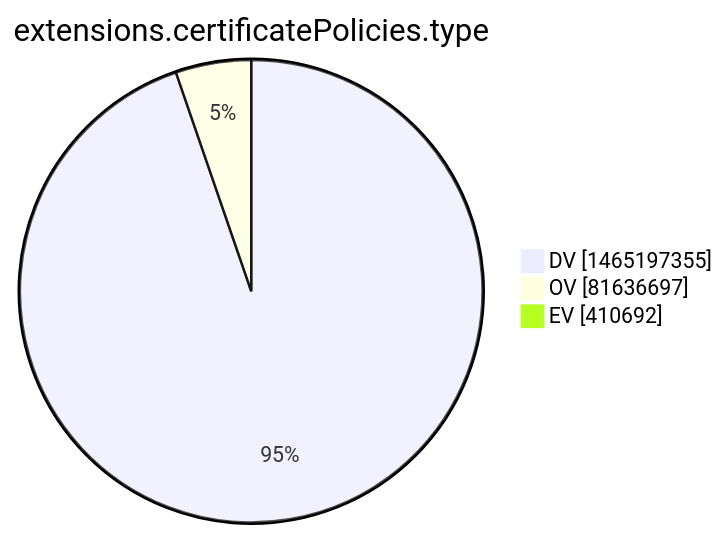
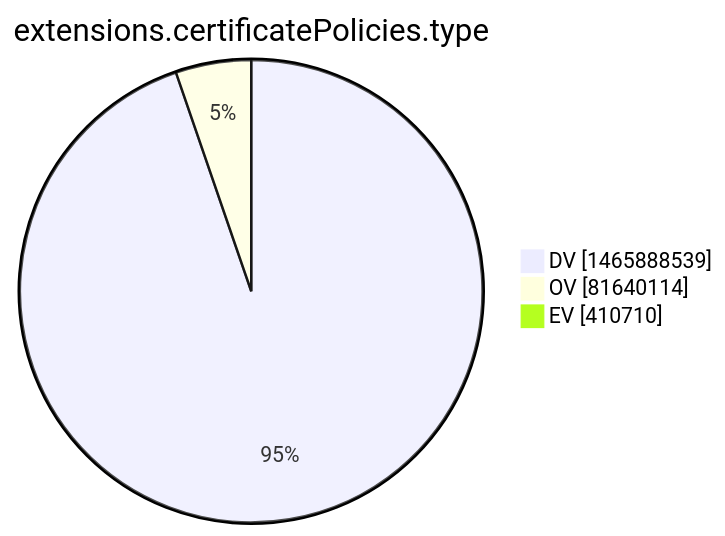
The tenth of 15 diagrams in xenon2022/README.md (christiankrug/ctmonitor_visualization), drawn with Mermaid before and after one commit. The commit also changed other lines of this file, not shown here.

````diff
--- a/xenon2022/README.md
+++ b/xenon2022/README.md
@@ -2872,7 +2872,7 @@
 ```mermaid
 pie showData
 title extensions.certificatePolicies.type
-"DV" :1465197355
-"OV" :81636697
-"EV" :410692
+"DV" :1465888539
+"OV" :81640114
+"EV" :410710
 ```
````
